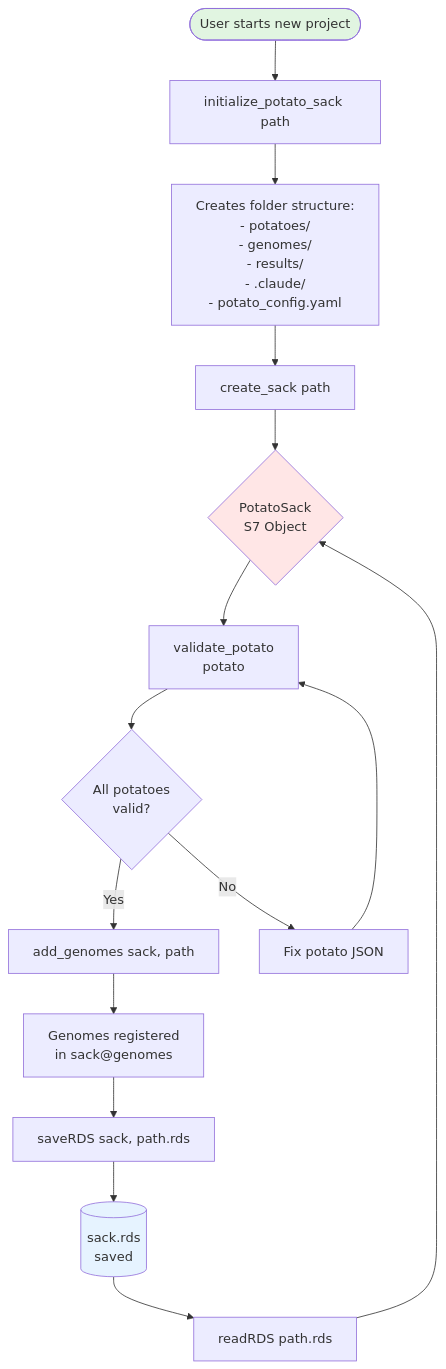
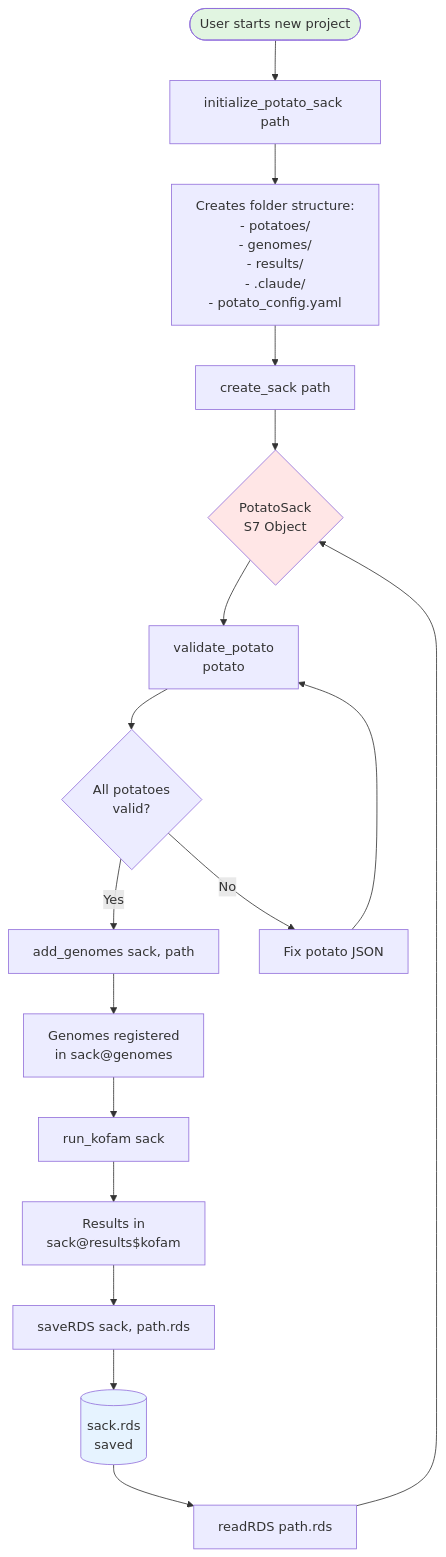
The first of 7 diagrams in WORKFLOW.md (jeffkimbrel/potato), drawn with Mermaid before and after one commit. The commit also changed other lines of this file and 18 other files, not shown here.

````diff
--- a/WORKFLOW.md
+++ b/WORKFLOW.md
@@ -5,27 +7,30 @@
 ```mermaid
 flowchart TD
     Start([User starts new project]) --> Init[initialize_potato_sack path]
     Init --> Structure[Creates folder structure:<br/>- potatoes/<br/>- genomes/<br/>- results/<br/>- .claude/<br/>- potato_config.yaml]
     
     Structure --> Create[create_sack path]
     Create --> Sack{PotatoSack<br/>S7 Object}
     
     Sack --> Validate[validate_potato<br/>potato]
     Validate --> Valid{All potatoes<br/>valid?}
     
     Valid -->|Yes| AddGenomes[add_genomes sack, path]
     Valid -->|No| Fix[Fix potato JSON]
     Fix --> Validate
     
     AddGenomes --> Registered[Genomes registered<br/>in sack@genomes]
     
-    Registered --> Save[saveRDS sack, path.rds]
+    Registered --> Annotate[run_kofam sack]
+    Annotate --> Results[Results in<br/>sack@results$kofam]
+    
+    Results --> Save[saveRDS sack, path.rds]
     Save --> RDS[(sack.rds<br/>saved)]
     
     RDS --> LoadRDS[readRDS path.rds]
     LoadRDS --> Sack
     
     style Start fill:#e1f5e1
     style Sack fill:#ffe6e6
     style RDS fill:#e6f3ff
 ```
````
